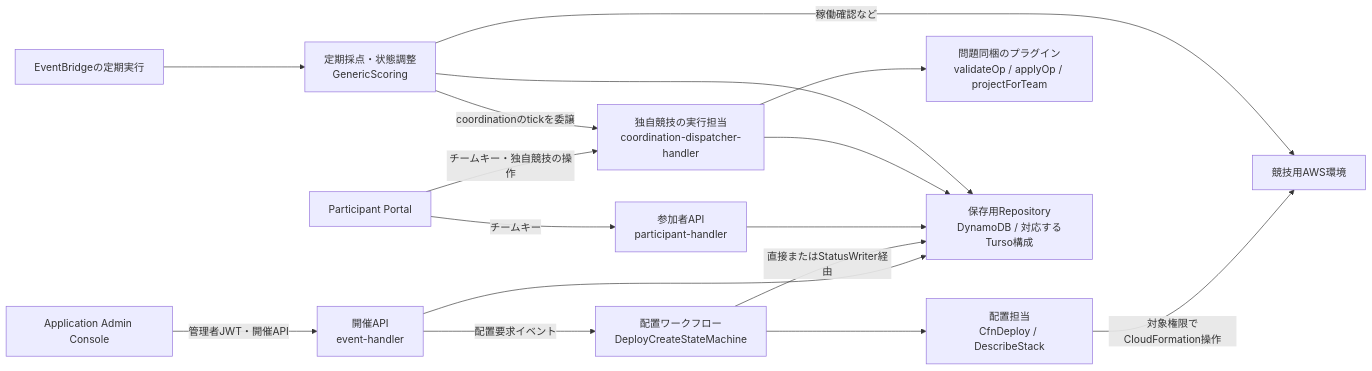
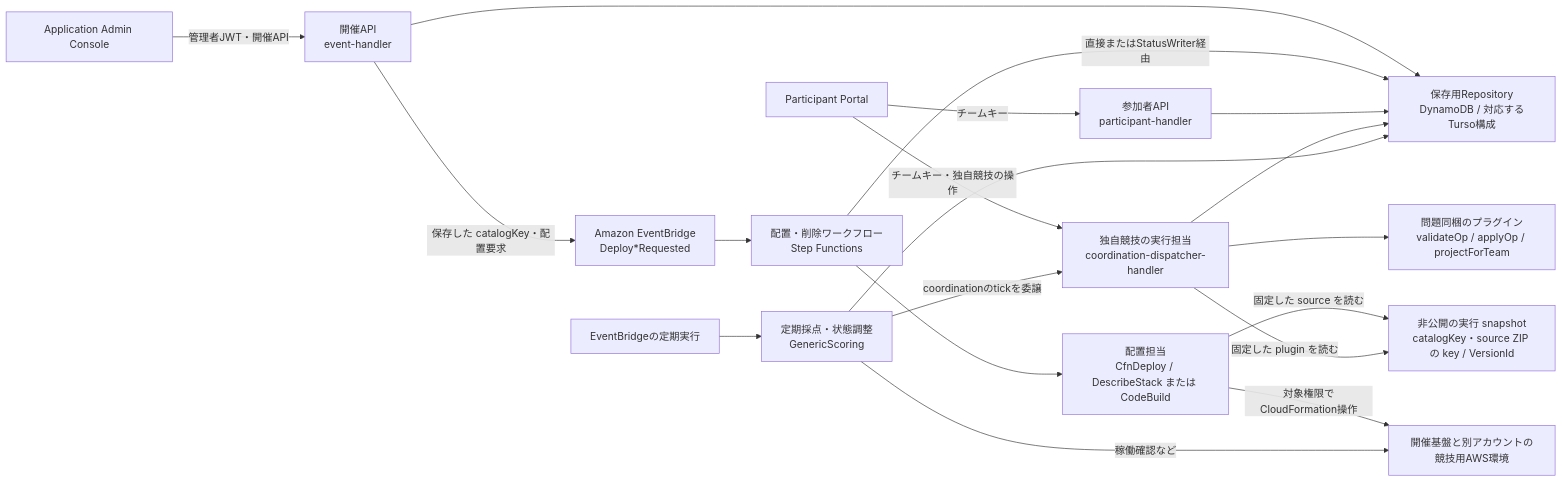
One commit to susumutomita/TenkaCloud changed the diagram in docs/architecture/diagrams/cloud-components.mmd. Above: the diagram before and after it, drawn with Mermaid. The commit also changed 1544 other files, not shown here.

```diff
--- a/docs/architecture/diagrams/cloud-components.mmd
+++ b/docs/architecture/diagrams/cloud-components.mmd
@@ -1,30 +1,35 @@
 flowchart LR
   AdminUI["Application Admin Console"]
   PortalUI["Participant Portal"]
 
   EventAPI["開催API<br/>event-handler"]
-  DeployFlow["配置ワークフロー<br/>DeployCreateStateMachine"]
-  Worker["配置担当<br/>CfnDeploy / DescribeStack"]
+  Bus["Amazon EventBridge<br/>Deploy*Requested"]
+  DeployFlow["配置・削除ワークフロー<br/>Step Functions"]
+  Worker["配置担当<br/>CfnDeploy / DescribeStack または CodeBuild"]
+  Artifacts["非公開の実行 snapshot<br/>catalogKey・source ZIP の key / VersionId"]
   PortalAPI["参加者API<br/>participant-handler"]
   Dispatcher["独自競技の実行担当<br/>coordination-dispatcher-handler"]
   Plugin["問題同梱のプラグイン<br/>validateOp / applyOp / projectForTeam"]
   Scorer["定期採点・状態調整<br/>GenericScoring"]
   Timer["EventBridgeの定期実行"]
   Store["保存用Repository<br/>DynamoDB / 対応するTurso構成"]
-  Runtime["競技用AWS環境"]
+  Runtime["開催基盤と別アカウントの競技用AWS環境"]
 
   AdminUI -->|"管理者JWT・開催API"| EventAPI
-  EventAPI -->|"配置要求イベント"| DeployFlow
+  EventAPI -->|"保存した catalogKey・配置要求"| Bus
+  Bus --> DeployFlow
+  Worker -->|"固定した source を読む"| Artifacts
+  Dispatcher -->|"固定した plugin を読む"| Artifacts
   DeployFlow --> Worker
   Worker -->|"対象権限でCloudFormation操作"| Runtime
   PortalUI -->|"チームキー"| PortalAPI
   PortalUI -->|"チームキー・独自競技の操作"| Dispatcher
   Dispatcher --> Plugin
   Timer --> Scorer
   Scorer -->|"稼働確認など"| Runtime
   Scorer -->|"coordinationのtickを委譲"| Dispatcher
   EventAPI --> Store
   DeployFlow -->|"直接またはStatusWriter経由"| Store
   PortalAPI --> Store
   Dispatcher --> Store
   Scorer --> Store
```
